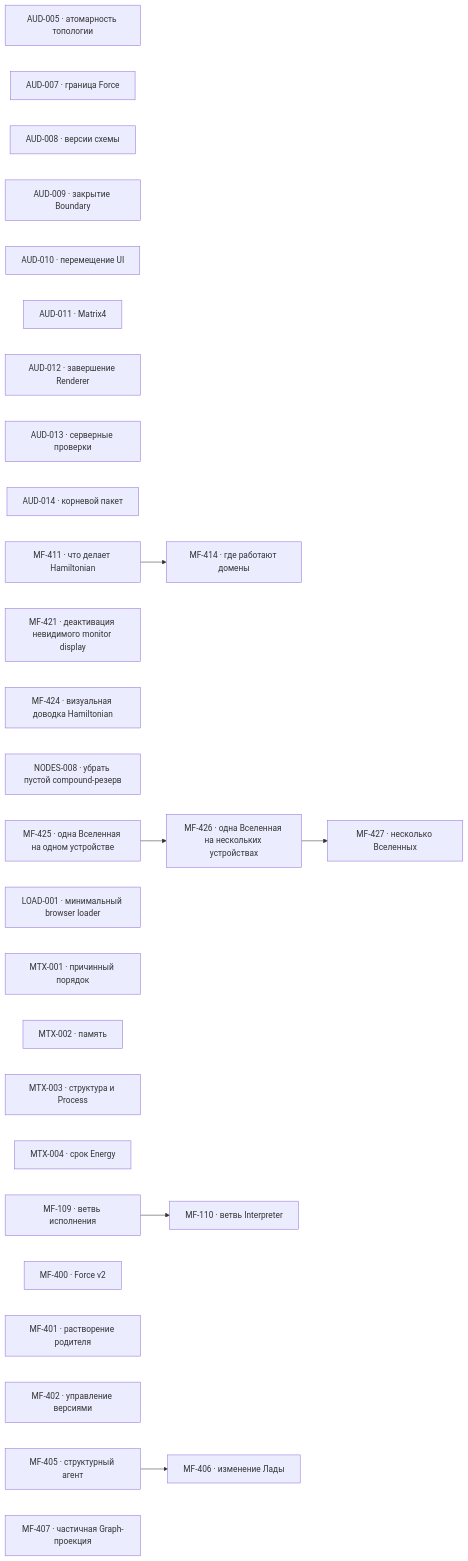
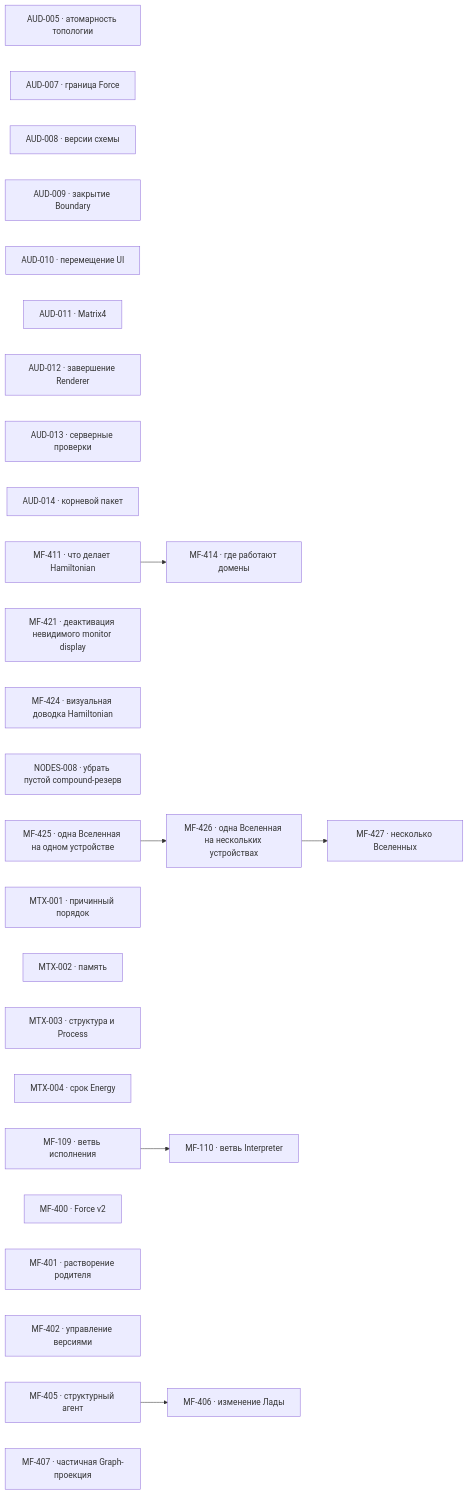
The diagram in project/TODO.md (zavx0z/metafor), drawn with Mermaid before and after one commit. The commit also changed other lines of this file and 4 other files, not shown here.

Commit message:
project(LOAD-001): close minimal browser loader

````diff
--- a/project/TODO.md
+++ b/project/TODO.md
@@ -13,38 +13,37 @@
 ```mermaid
 flowchart LR
     AUD005["AUD-005 · атомарность топологии"]
     AUD007["AUD-007 · граница Force"]
     AUD008["AUD-008 · версии схемы"]
     AUD009["AUD-009 · закрытие Boundary"]
     AUD010["AUD-010 · перемещение UI"]
     AUD011["AUD-011 · Matrix4"]
     AUD012["AUD-012 · завершение Renderer"]
     AUD013["AUD-013 · серверные проверки"]
     AUD014["AUD-014 · корневой пакет"]
     MF411["MF-411 · что делает Hamiltonian"]
     MF414["MF-414 · где работают домены"]
     MF421["MF-421 · деактивация невидимого monitor display"]
     MF424["MF-424 · визуальная доводка Hamiltonian"]
     NODES008["NODES-008 · убрать пустой compound-резерв"]
     MF425["MF-425 · одна Вселенная на одном устройстве"]
-    LOAD001["LOAD-001 · минимальный browser loader"]
     MF426["MF-426 · одна Вселенная на нескольких устройствах"]
     MF427["MF-427 · несколько Вселенных"]
     MTX001["MTX-001 · причинный порядок"]
     MTX002["MTX-002 · память"]
     MTX003["MTX-003 · структура и Process"]
     MTX004["MTX-004 · срок Energy"]
     MF109["MF-109 · ветвь исполнения"]
     MF110["MF-110 · ветвь Interpreter"]
     MF400["MF-400 · Force v2"]
     MF401["MF-401 · растворение родителя"]
     MF402["MF-402 · управление версиями"]
     MF405["MF-405 · структурный агент"]
     MF406["MF-406 · изменение Лады"]
     MF407["MF-407 · частичная Graph-проекция"]
     MF109 --> MF110
     MF405 --> MF406
     MF411 --> MF414
     MF425 --> MF426
     MF426 --> MF427
 ```
````
